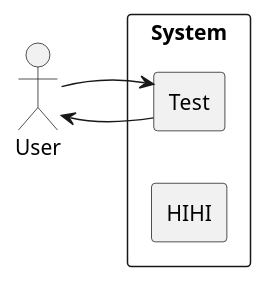
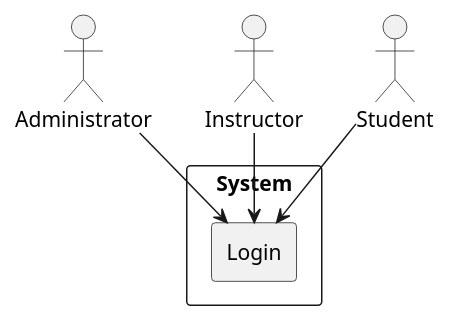
Before and after one commit to LittleTealeaf/SER-340-Project: the diagram in docs/srs/diagrams.puml, drawn with PlantUML. The commit also changed 1 other file, not shown here.

Commit message:
Updated Use Case Diagram with Login

```diff
--- a/docs/srs/diagrams.puml
+++ b/docs/srs/diagrams.puml
@@ -1,18 +1,18 @@
 @startuml Use Case Diagram
-left to right direction
 skinparam packageStyle rectangle
 
-actor User
+actor Administrator
+actor Instructor
+actor Student
 
 rectangle System {
-  agent Test
 
-  User --> Test
-  Test --> User
+  agent Login
 
-  agent HIHI
+  Administrator --> Login
+  Instructor --> Login
+  Student --> Login
 
-  
 }
 
 @enduml
```
